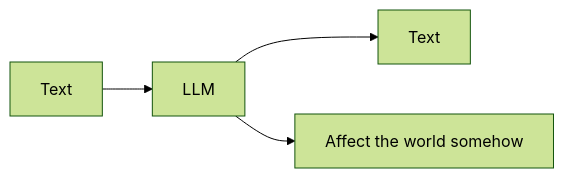
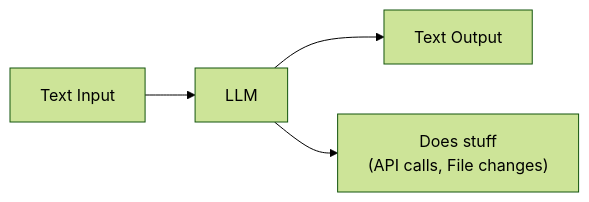
One commit to BrutLogic/Post changed the sixth of 11 diagrams in README.md. Above: the diagram before and after it, drawn with Mermaid (forest theme). The commit also changed other lines of this file, not shown here.

````diff
--- a/README.md
+++ b/README.md
@@ -391,6 +179,6 @@
 ```mermaid
 graph LR
-    A[Text] --> B[LLM]
-    B --> C[Text]
-    B --> D[Affect the world somehow]
+    A["Text Input"] --> B["LLM"]
+    B --> C["Text Output"]
+    B --> D["Does stuff<br/>(API calls, File changes)"]
 ```
````
